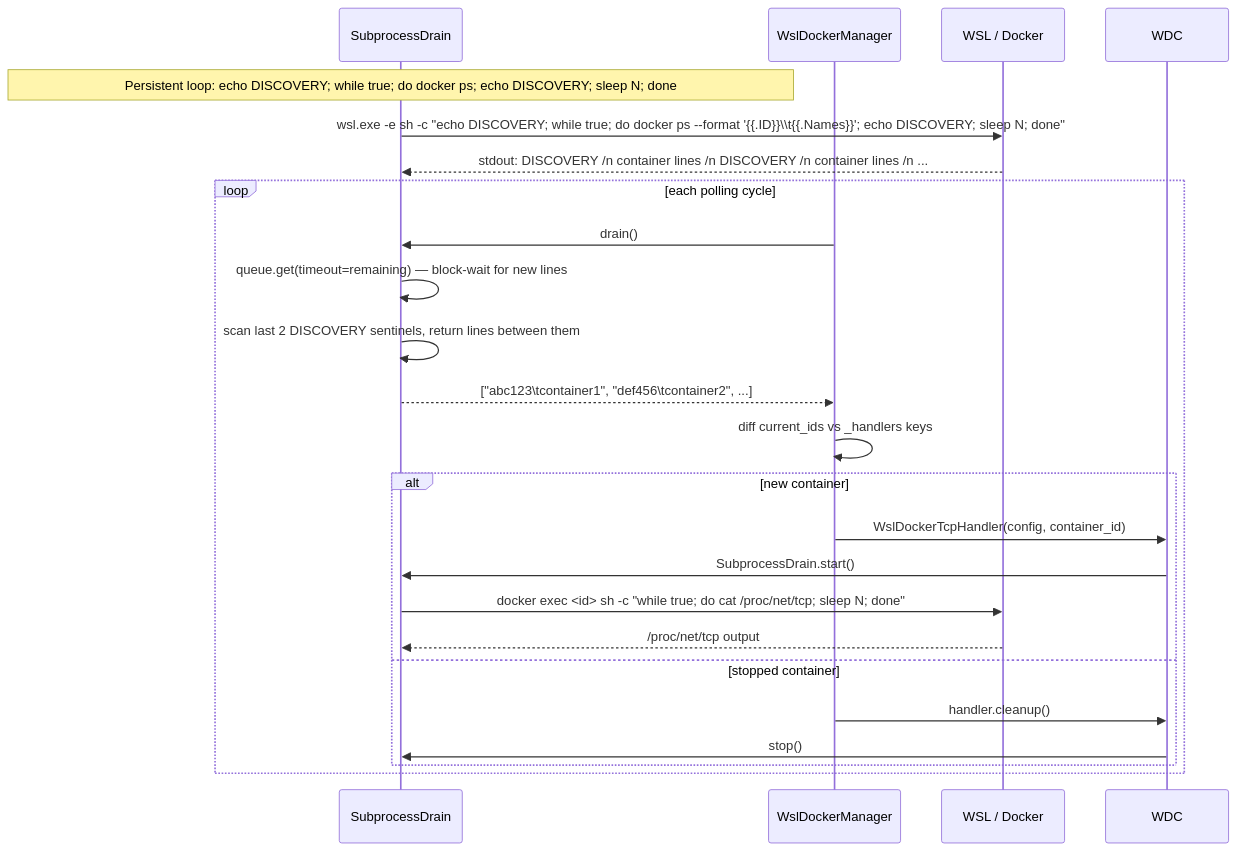
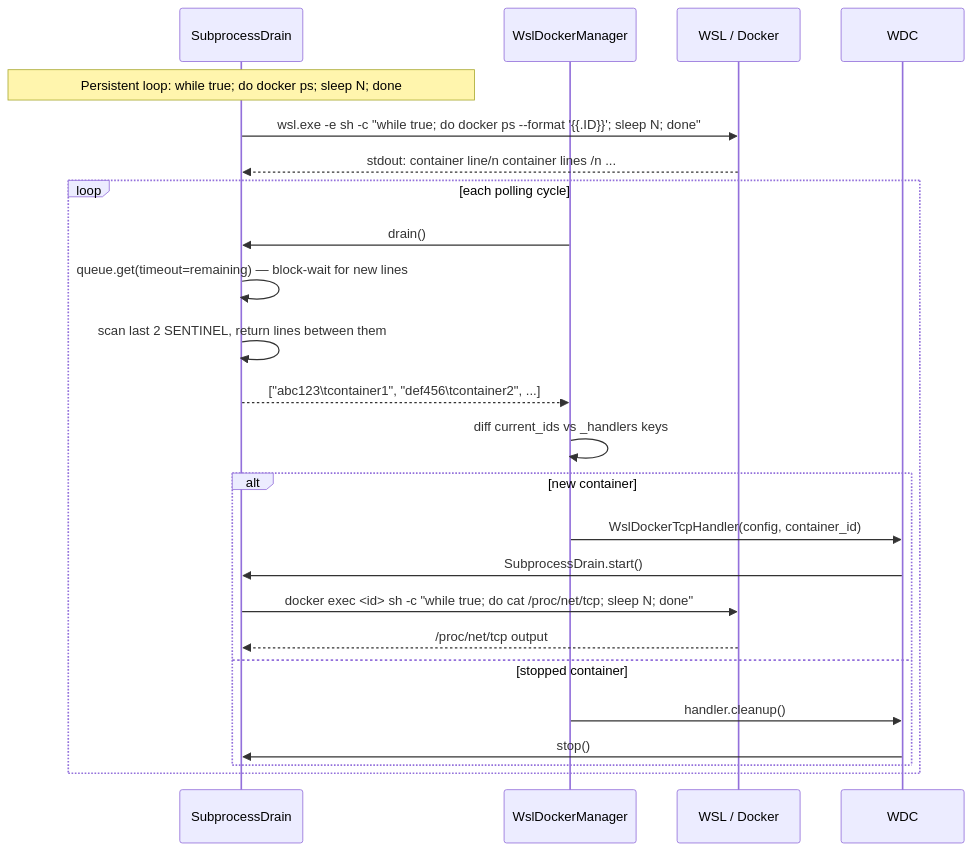
The second of 3 diagrams in docs/sequence-diagram.md (JonathanKChang/llm_wakelock_windows), drawn with Mermaid before and after one commit. The commit also changed other lines of this file and 4 other files, not shown here.

````diff
--- a/docs/sequence-diagram.md
+++ b/docs/sequence-diagram.md
@@ -86,27 +86,27 @@
 ```mermaid
 sequenceDiagram
     participant DD as SubprocessDrain
     participant WD as WslDockerManager
     participant OS as WSL / Docker
 
-    Note over DD: Persistent loop: echo DISCOVERY#59; while true#59; do docker ps#59; echo DISCOVERY#59; sleep N#59; done
-    DD->>OS: wsl.exe -e sh -c "echo DISCOVERY#59; while true#59; do docker ps --format '{{.ID}}\\t{{.Names}}'#59; echo DISCOVERY#59; sleep N#59; done"
-    OS-->>DD: stdout: DISCOVERY /n container lines /n DISCOVERY /n container lines /n ...
+    Note over DD: Persistent loop: while true#59; do docker ps#59; sleep N#59; done
+    DD->>OS: wsl.exe -e sh -c "while true#59; do docker ps --format '{{.ID}}'#59; sleep N#59; done"
+    OS-->>DD: stdout: container line/n container lines /n ...
 
     loop each polling cycle
         WD->>DD: drain()
         DD->>DD: queue.get(timeout=remaining) — block-wait for new lines
-        DD->>DD: scan last 2 DISCOVERY sentinels, return lines between them
+        DD->>DD: scan last 2 SENTINEL, return lines between them
         DD-->>WD: ["abc123\tcontainer1", "def456\tcontainer2", ...]
         WD->>WD: diff current_ids vs _handlers keys
         alt new container
             WD->>WDC: WslDockerTcpHandler(config, container_id)
             WDC->>DD: SubprocessDrain.start()
             DD->>OS: docker exec <id> sh -c "while true#59; do cat /proc/net/tcp#59; sleep N#59; done"
             OS-->>DD: /proc/net/tcp output
         else stopped container
             WD->>WDC: handler.cleanup()
             WDC->>DD: stop()
         end
     end
 ```
````
